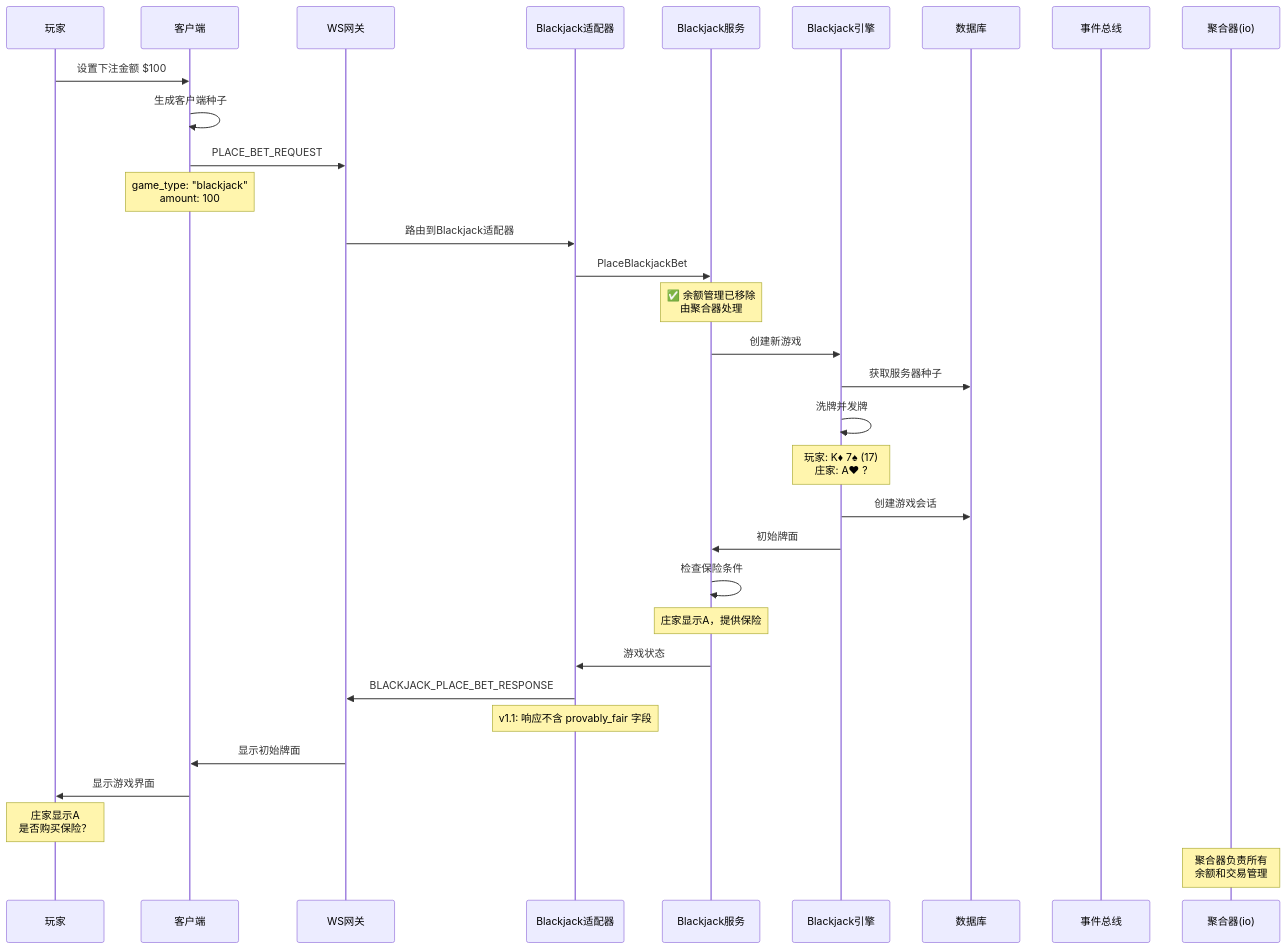
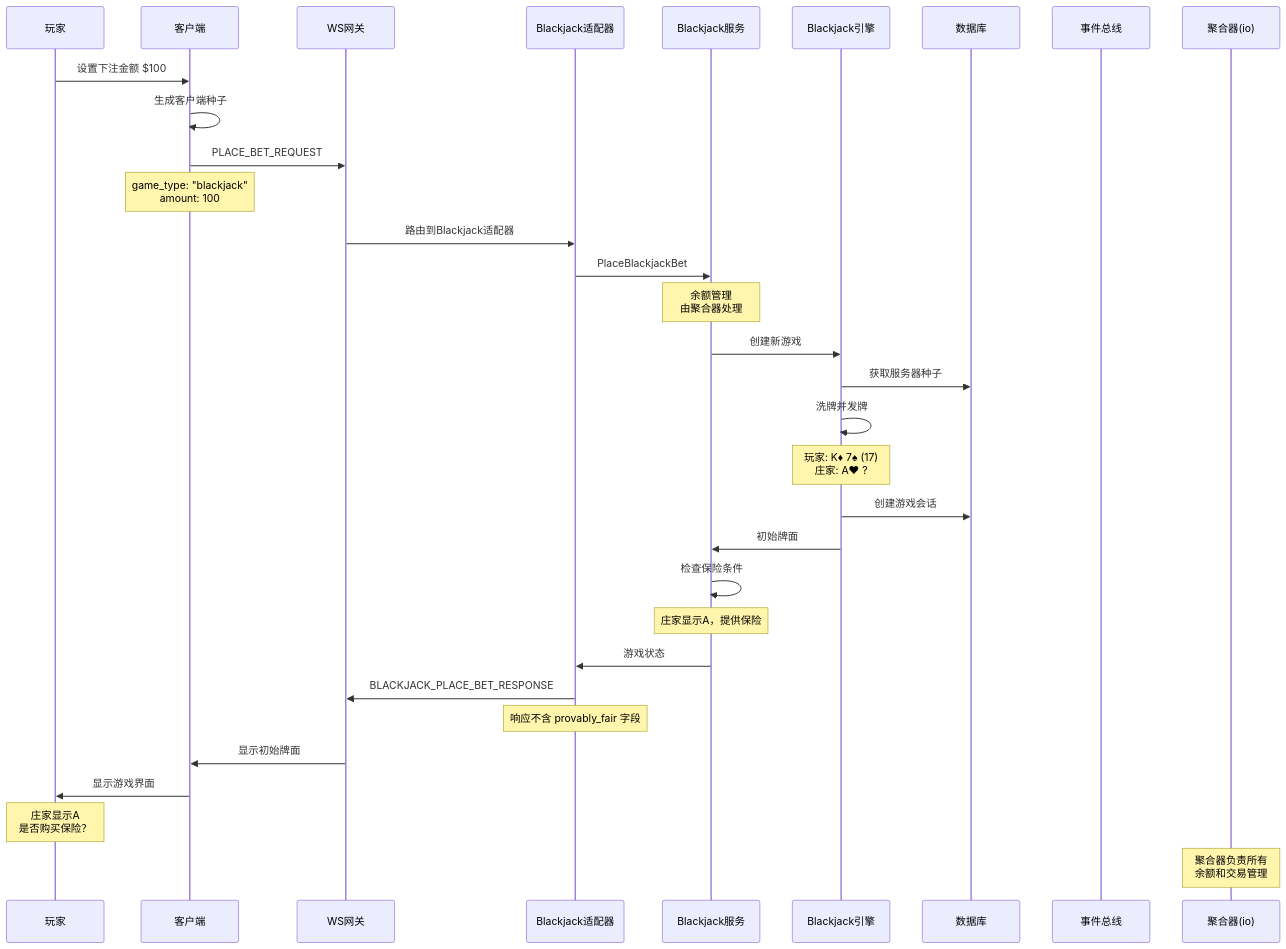
Before and after one commit to infigaming-com/invoker-gh-pages: the fifth of 32 diagrams in sequence-diagrams-zh.md, drawn with Mermaid. The commit also changed other lines of this file and 3 other files, not shown here.

````diff
--- a/sequence-diagrams-zh.md
+++ b/sequence-diagrams-zh.md
@@ -242,43 +242,43 @@
 ```mermaid
 sequenceDiagram
     participant Player as 玩家
     participant Client as 客户端
     participant WSGateway as WS网关
     participant BJAdapter as Blackjack适配器
     participant BJService as Blackjack服务
     participant BJEngine as Blackjack引擎
     participant Database as 数据库
     participant EventBus as 事件总线
     participant Aggregator as 聚合器(io)
 
     Player->>Client: 设置下注金额 $100
     Client->>Client: 生成客户端种子
     Client->>WSGateway: PLACE_BET_REQUEST
     Note over Client: game_type: "blackjack"<br/>amount: 100
 
     WSGateway->>BJAdapter: 路由到Blackjack适配器
     BJAdapter->>BJService: PlaceBlackjackBet
     
-    Note over BJService: ✅ 余额管理已移除<br/>由聚合器处理
+    Note over BJService: 余额管理<br/>由聚合器处理
     
     BJService->>BJEngine: 创建新游戏
     BJEngine->>Database: 获取服务器种子
     BJEngine->>BJEngine: 洗牌并发牌
     Note over BJEngine: 玩家: K♦ 7♠ (17)<br/>庄家: A♥ ?
     
     BJEngine->>Database: 创建游戏会话
     BJEngine->>BJService: 初始牌面
     
     BJService->>BJService: 检查保险条件
     Note over BJService: 庄家显示A，提供保险
     
     BJService->>BJAdapter: 游戏状态
     BJAdapter->>WSGateway: BLACKJACK_PLACE_BET_RESPONSE
-    Note over BJAdapter: v1.1: 响应不含 provably_fair 字段
+    Note over BJAdapter: 响应不含 provably_fair 字段
     WSGateway->>Client: 显示初始牌面
     
     Client->>Player: 显示游戏界面
     Note over Player: 庄家显示A<br/>是否购买保险？
 
     Note over Aggregator: 聚合器负责所有<br/>余额和交易管理
 ```
````
